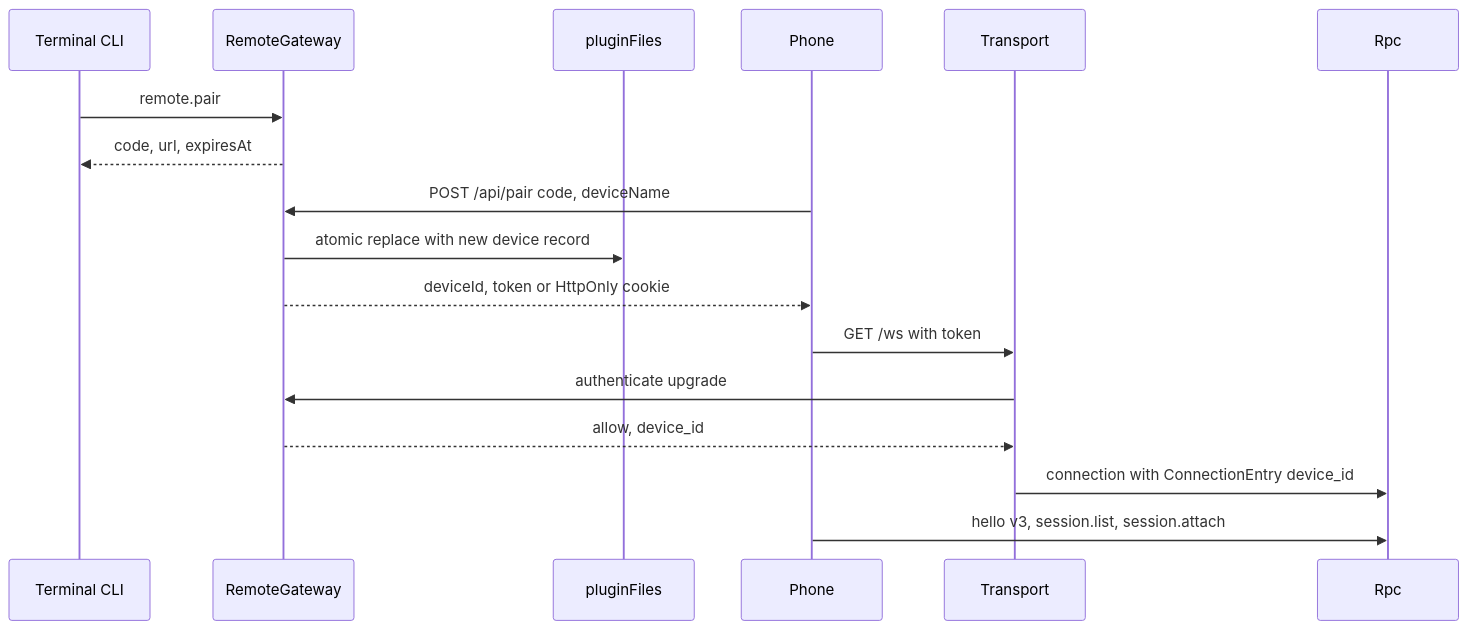
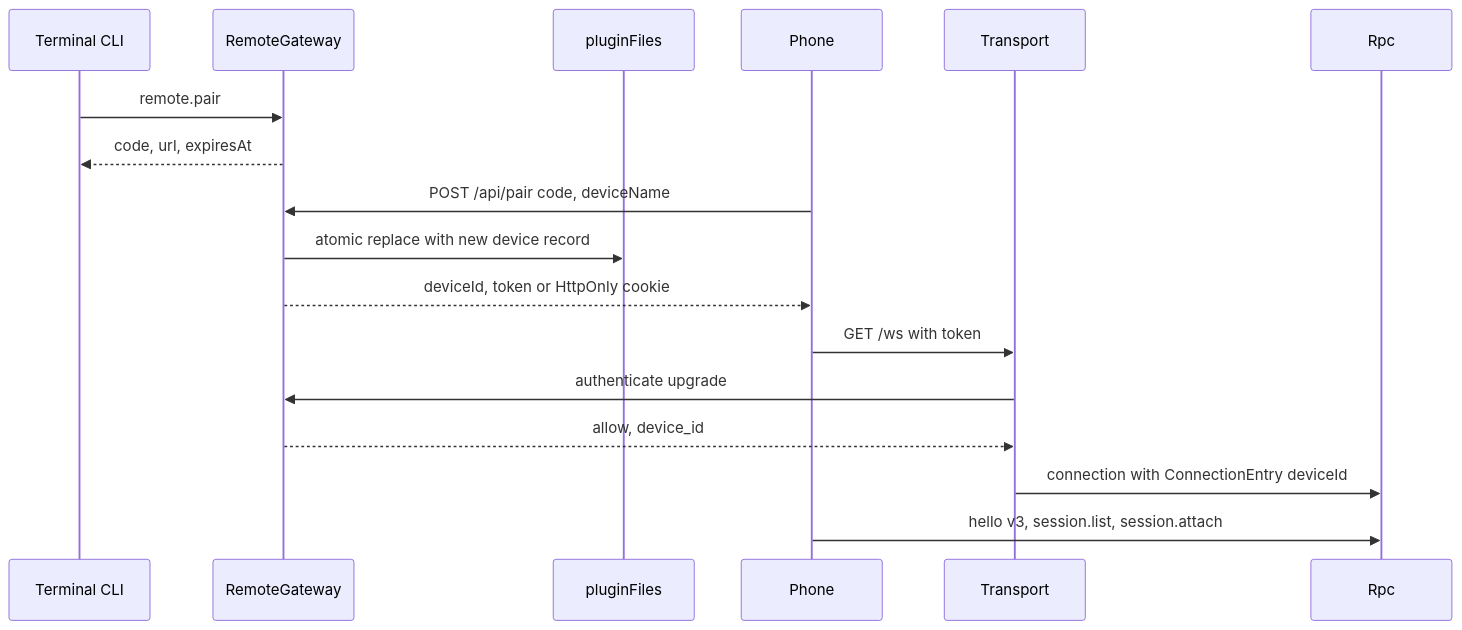
Before and after one commit to CoutinhoTTS/dim-agent: the third of 6 diagrams in docs/design/plugins/RemoteGateway.md, drawn with Mermaid. The commit also changed other lines of this file and 40 other files, not shown here.

````diff
--- a/docs/design/plugins/RemoteGateway.md
+++ b/docs/design/plugins/RemoteGateway.md
@@ -76,19 +78,19 @@
 ```mermaid
 sequenceDiagram
   participant U as Terminal CLI
   participant RG as RemoteGateway
   participant PS as pluginFiles
   participant D as Phone
   participant T as Transport
   participant R as Rpc
   U->>RG: remote.pair
   RG-->>U: code, url, expiresAt
   D->>RG: POST /api/pair code, deviceName
   RG->>PS: atomic replace with new device record
   RG-->>D: deviceId, token or HttpOnly cookie
   D->>T: GET /ws with token
   T->>RG: authenticate upgrade
   RG-->>T: allow, device_id
-  T->>R: connection with ConnectionEntry device_id
+  T->>R: connection with ConnectionEntry deviceId
   D->>R: hello v3, session.list, session.attach
 ```
````
